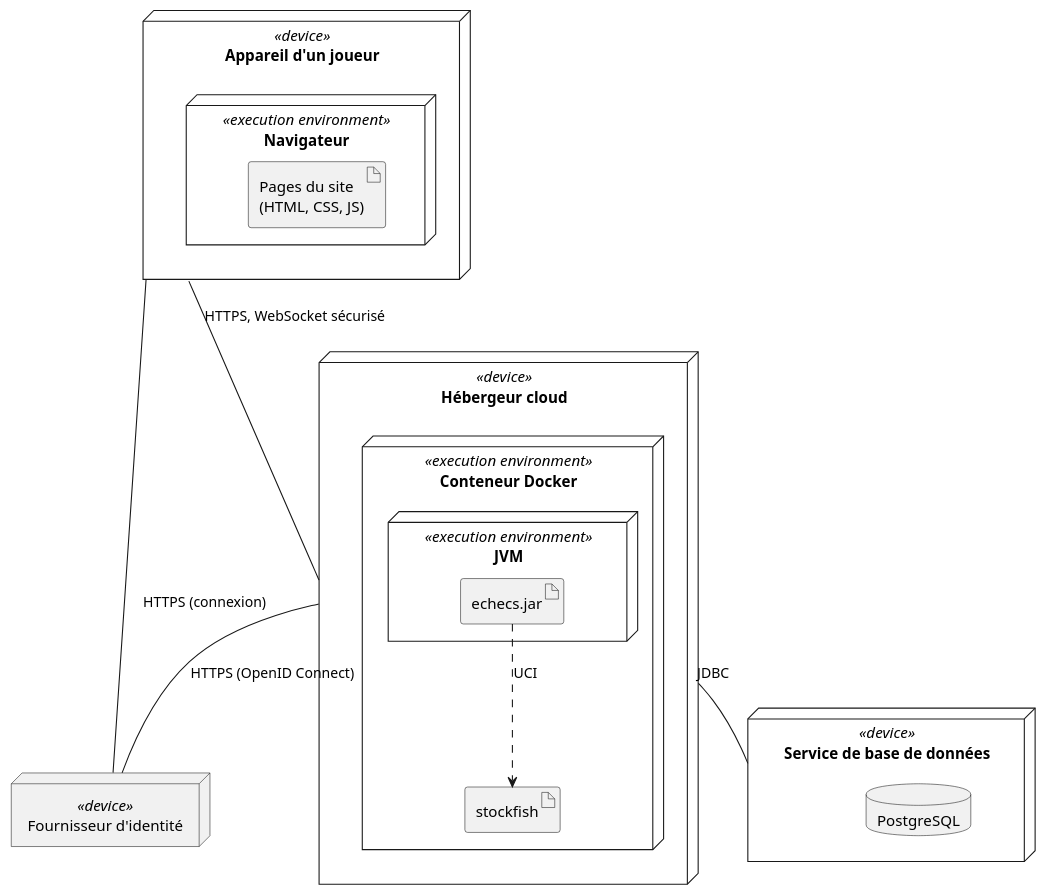
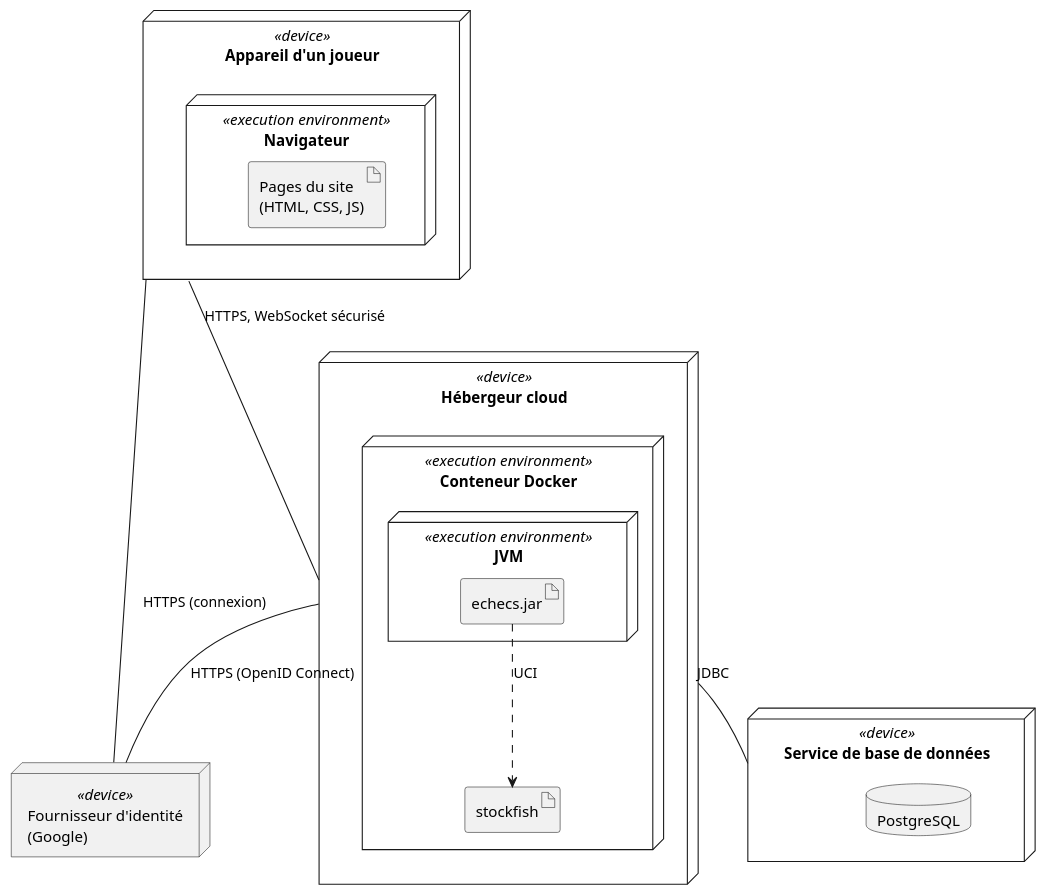
The diagram in diagrams/deploiement-en-ligne.puml (kevinBissouth/projet_echecs_tic315), drawn with PlantUML before and after one commit. The commit also changed 13 other files, not shown here.

Commit message:
docs: add the administrator role and google to the diagrams

```diff
--- a/diagrams/deploiement-en-ligne.puml
+++ b/diagrams/deploiement-en-ligne.puml
@@ -1,38 +1,38 @@
 @startuml deploiement-en-ligne
 ' Diagramme de déploiement (jalon J5) : le site est uniquement en ligne (cours, §2.5).
 ' echecs.jar contient le serveur web (Spring Boot) et les pages du site, que le
 ' navigateur télécharge. Stockfish est un processus lancé par le programme, dans le
 ' même conteneur. La base est séparée : un conteneur peut être recréé à tout moment,
 ' et ce qu'il contient est alors perdu.
 
 skinparam nodesep 60
 skinparam ranksep 70
 
 node "Appareil d'un joueur" <<device>> as Appareil {
   node "Navigateur" <<execution environment>> as Navigateur {
     artifact "Pages du site\n(HTML, CSS, JS)" as Pages
   }
 }
 
 node "Hébergeur cloud" <<device>> as Hebergeur {
   node "Conteneur Docker" <<execution environment>> as Conteneur {
     node "JVM" <<execution environment>> as Jvm {
       artifact "echecs.jar" as Jar
     }
     artifact "stockfish" as Stockfish
   }
 }
 
 node "Service de base de données" <<device>> as ServiceBase {
   database "PostgreSQL" as Base
 }
 
-node "Fournisseur d'identité" <<device>> as Fournisseur
+node "Fournisseur d'identité\n(Google)" <<device>> as Fournisseur
 
 Appareil -- Hebergeur : HTTPS, WebSocket sécurisé
 Appareil -- Fournisseur : HTTPS (connexion)
 Jar ..> Stockfish : UCI
 Hebergeur -- ServiceBase : JDBC
 Hebergeur -- Fournisseur : HTTPS (OpenID Connect)
 
 @enduml
```
